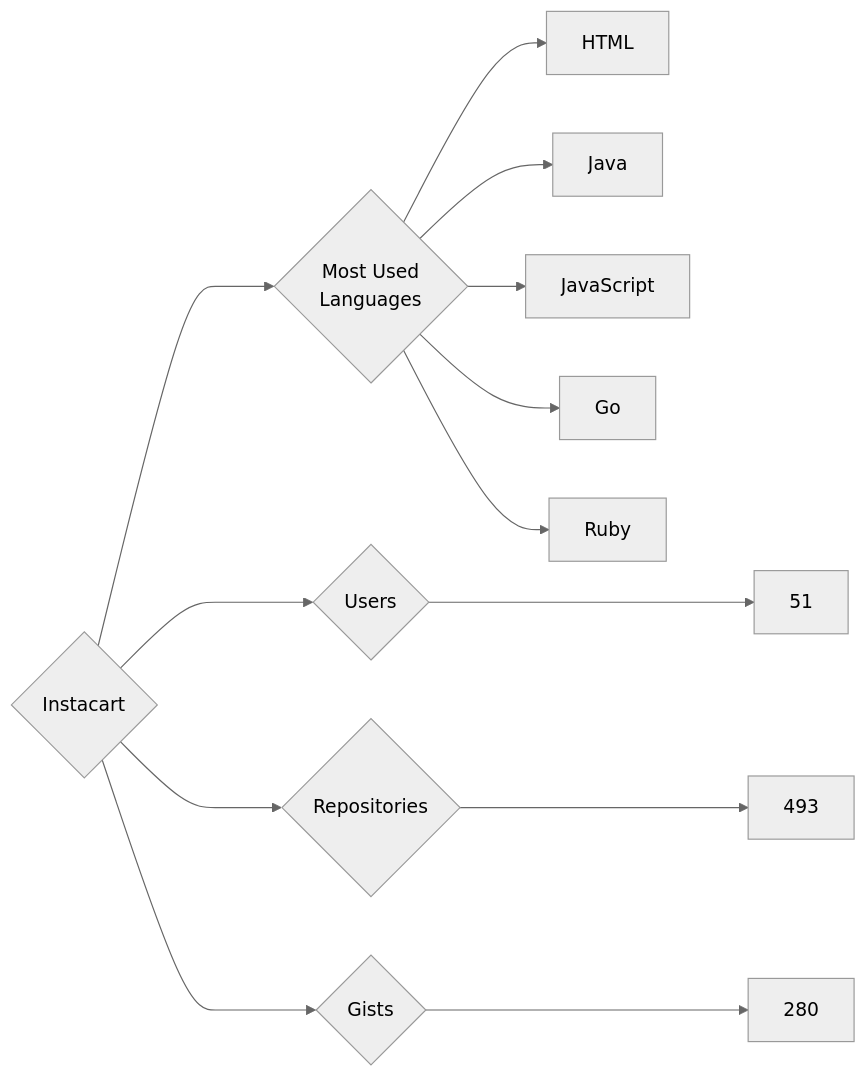
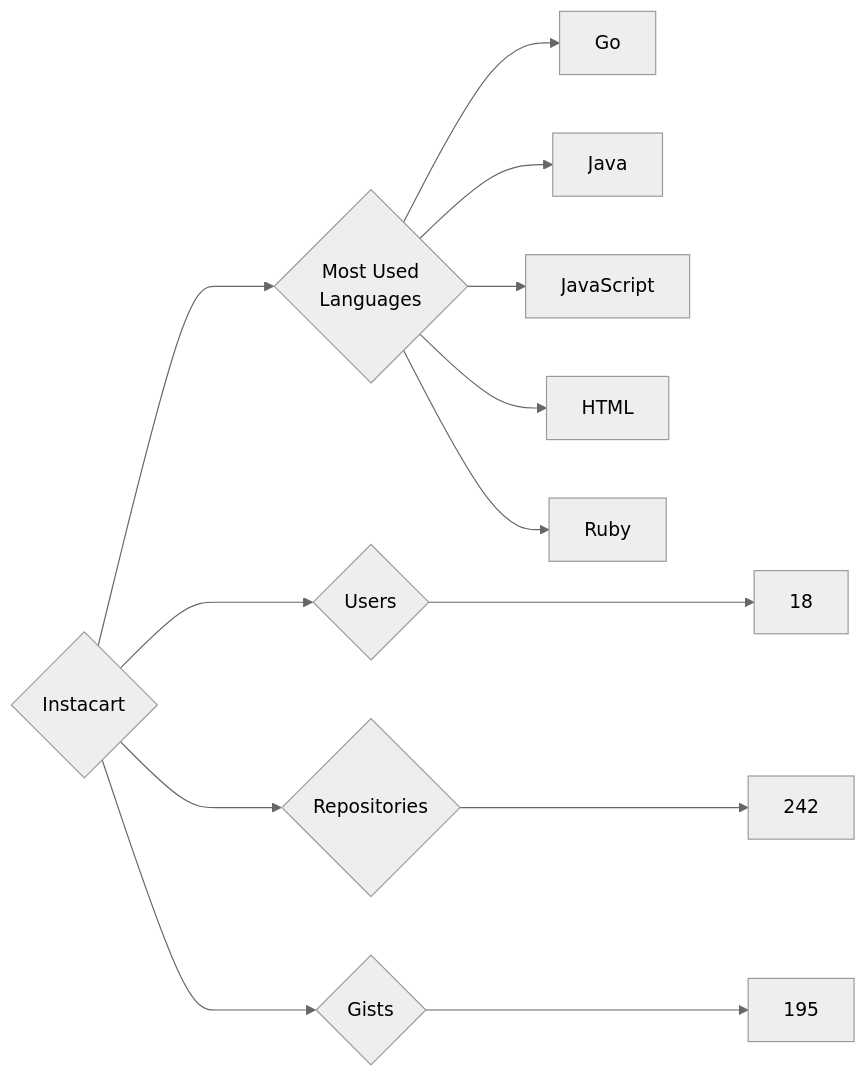
Before and after one commit to trickest/insiders: the diagram in targets/Instacart/README.md, drawn with Mermaid (neutral theme). The commit also changed 611 other files, not shown here.

````diff
--- a/targets/Instacart/README.md
+++ b/targets/Instacart/README.md
@@ -3,13 +3,13 @@
 ```mermaid
 graph LR
 COMPANY_NAME{Instacart}
-COMPANY_NAME ---> U{Users} ---> UN[51]
-COMPANY_NAME ---> R{Repositories} ---> RN[493]
-COMPANY_NAME ---> G{Gists} ---> GN[280]
+COMPANY_NAME ---> U{Users} ---> UN[18]
+COMPANY_NAME ---> R{Repositories} ---> RN[242]
+COMPANY_NAME ---> G{Gists} ---> GN[195]
 COMPANY_NAME ---> ML{Most Used<br>Languages}
-ML --> HTML[HTML]
+ML --> Go[Go]
 ML --> Java[Java]
 ML --> JavaScript[JavaScript]
-ML --> Go[Go]
+ML --> HTML[HTML]
 ML --> Ruby[Ruby]
 ```
````
